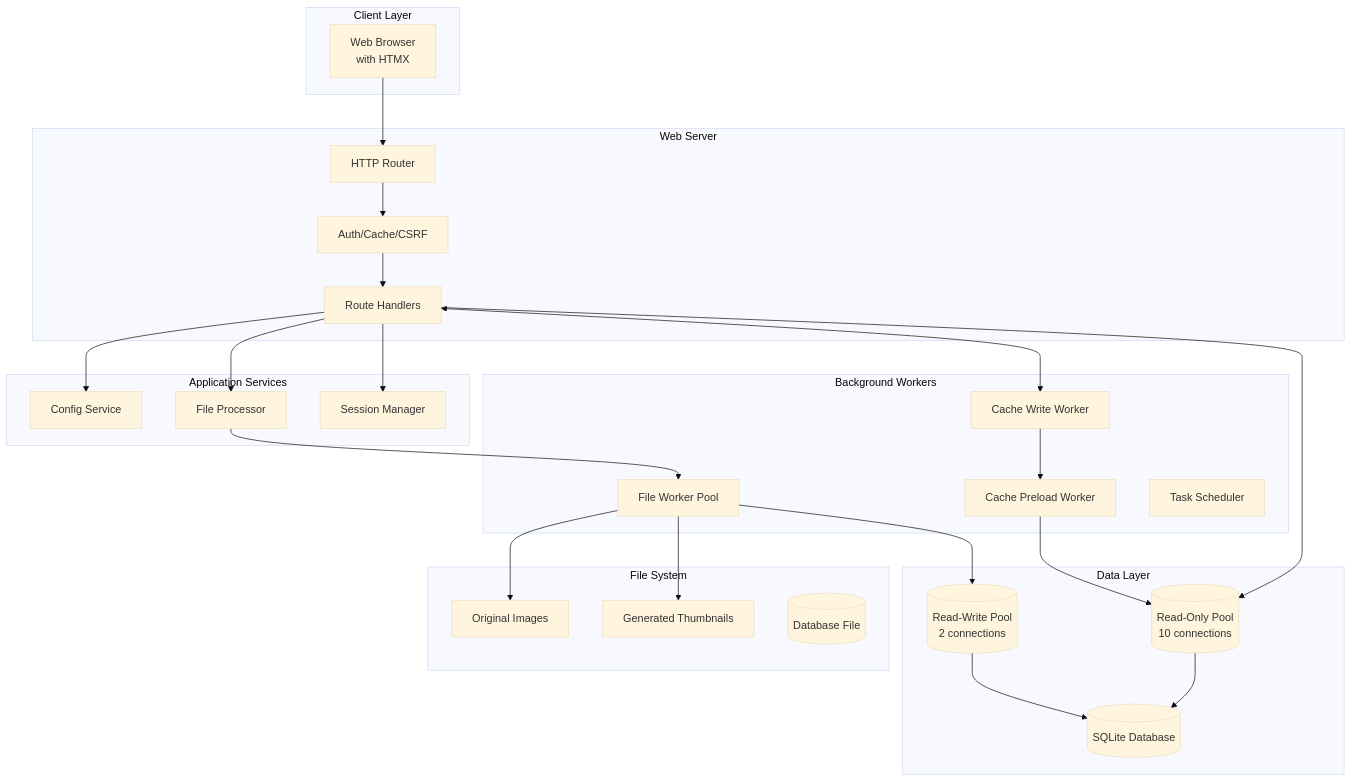
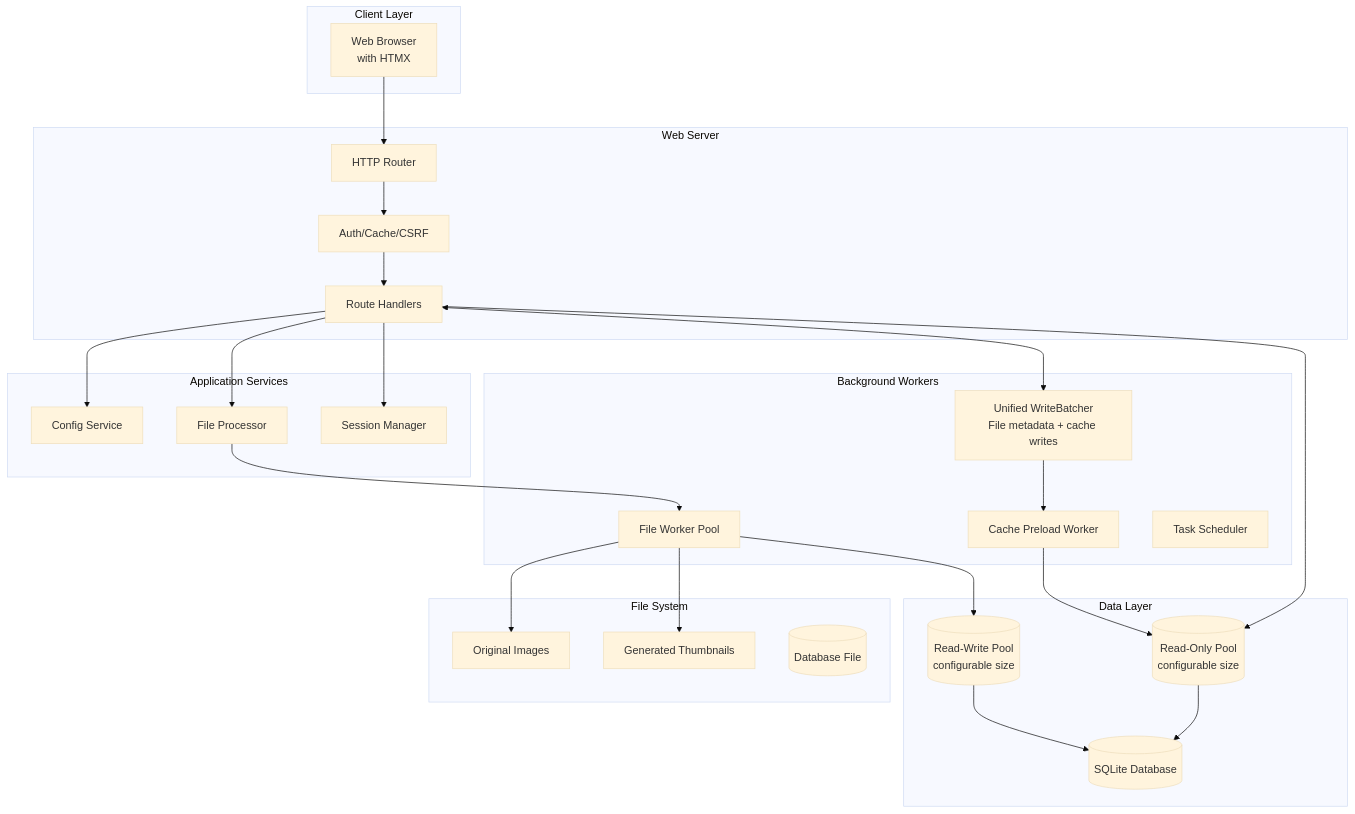
The first of 21 diagrams in docs/ARCHITECTURE.md (lbe/sfpg-go), drawn with Mermaid (base theme) before and after one commit. The commit also changed other lines of this file and 80 other files, not shown here.

````diff
--- a/docs/ARCHITECTURE.md
+++ b/docs/ARCHITECTURE.md
@@ -59,58 +60,58 @@
 ```mermaid
 graph TB
     subgraph "Client Layer"
         Browser[Web Browser<br/>with HTMX]
     end
 
     subgraph "Web Server"
         Router[HTTP Router]
         Middleware[Auth/Cache/CSRF]
         Handlers[Route Handlers]
     end
 
     subgraph "Application Services"
         ConfigSvc[Config Service]
         FileProc[File Processor]
         SessionMgr[Session Manager]
     end
 
     subgraph "Background Workers"
         FileWorkerPool[File Worker Pool]
-        CacheWorker[Cache Write Worker]
+        CacheWorker[Unified WriteBatcher<br/>File metadata + cache writes]
         PreloadWorker[Cache Preload Worker]
         Scheduler[Task Scheduler]
     end
 
     subgraph "Data Layer"
         SQLite[(SQLite Database)]
-        ROConn[(Read-Only Pool<br/>10 connections)]
-        RWConn[(Read-Write Pool<br/>2 connections)]
+        ROConn[(Read-Only Pool<br/>configurable size)]
+        RWConn[(Read-Write Pool<br/>configurable size)]
     end
 
     subgraph "File System"
         Images[Original Images]
         Thumbnails[Generated Thumbnails]
         Database[(Database File)]
     end
 
     Browser --> Router
     Router --> Middleware
     Middleware --> Handlers
 
     Handlers --> ConfigSvc
     Handlers --> FileProc
     Handlers --> SessionMgr
 
     Handlers <--> CacheWorker
     CacheWorker --> PreloadWorker
     PreloadWorker --> ROConn
 
     FileProc --> FileWorkerPool
     FileWorkerPool --> Images
     FileWorkerPool --> Thumbnails
     FileWorkerPool --> RWConn
 
     Handlers --> ROConn
     ROConn --> SQLite
     RWConn --> SQLite
 ```
````
